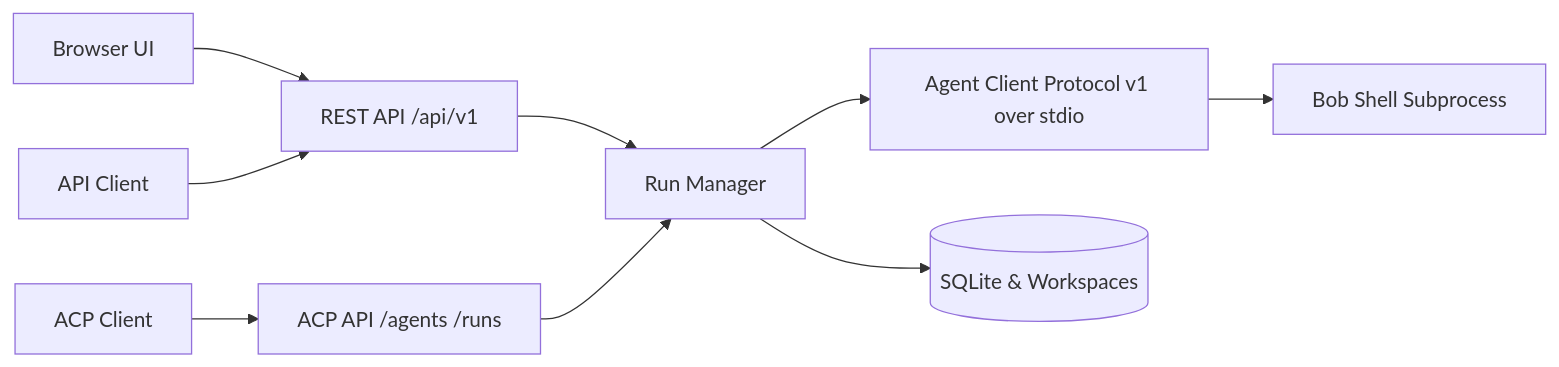
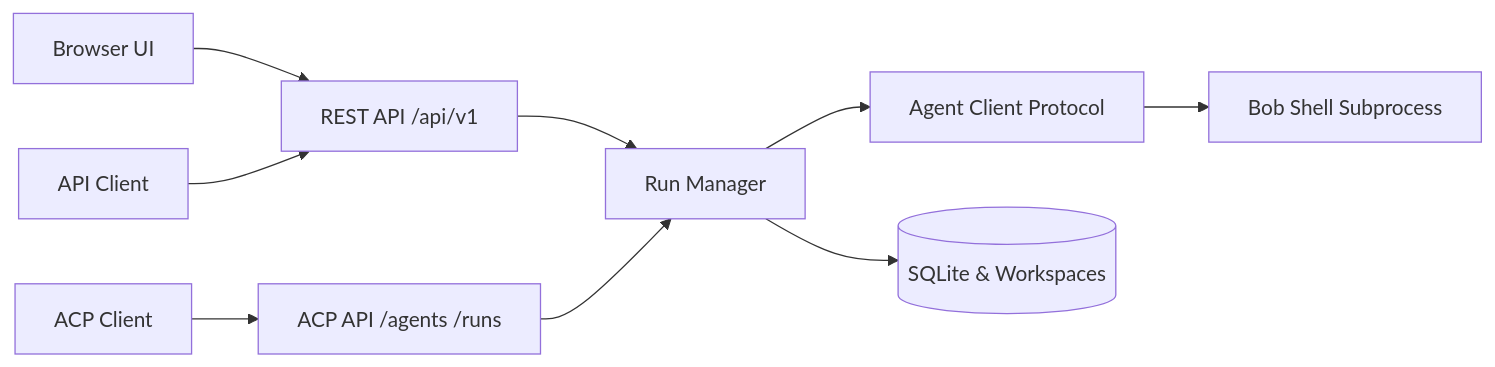
Before and after one commit to ibm-self-serve-assets/building-blocks: the diagram in ai/ai-engineering/headless-bob/README.md, drawn with Mermaid. The commit also changed other lines of this file and 3 other files, not shown here.

````diff
--- a/ai/ai-engineering/headless-bob/README.md
+++ b/ai/ai-engineering/headless-bob/README.md
@@ -18,11 +18,11 @@
 ```mermaid
 flowchart LR
     UI[Browser UI] --> REST[REST API /api/v1]
     Client[API Client] --> REST
     Agent[ACP Client] --> ACP[ACP API /agents /runs]
     REST --> Manager[Run Manager]
     ACP --> Manager
-    Manager --> Runtime[Agent Client Protocol v1 over stdio]
+    Manager --> Runtime[Agent Client Protocol]
     Runtime --> Bob[Bob Shell Subprocess]
     Manager --> Store[(SQLite & Workspaces)]
 ```
````
